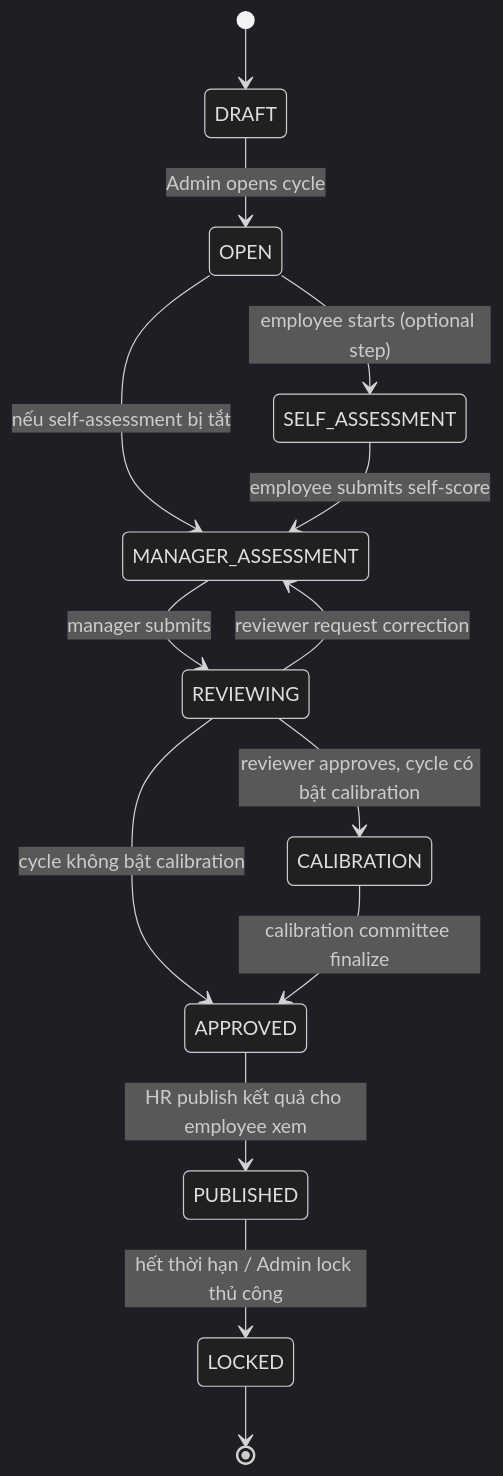
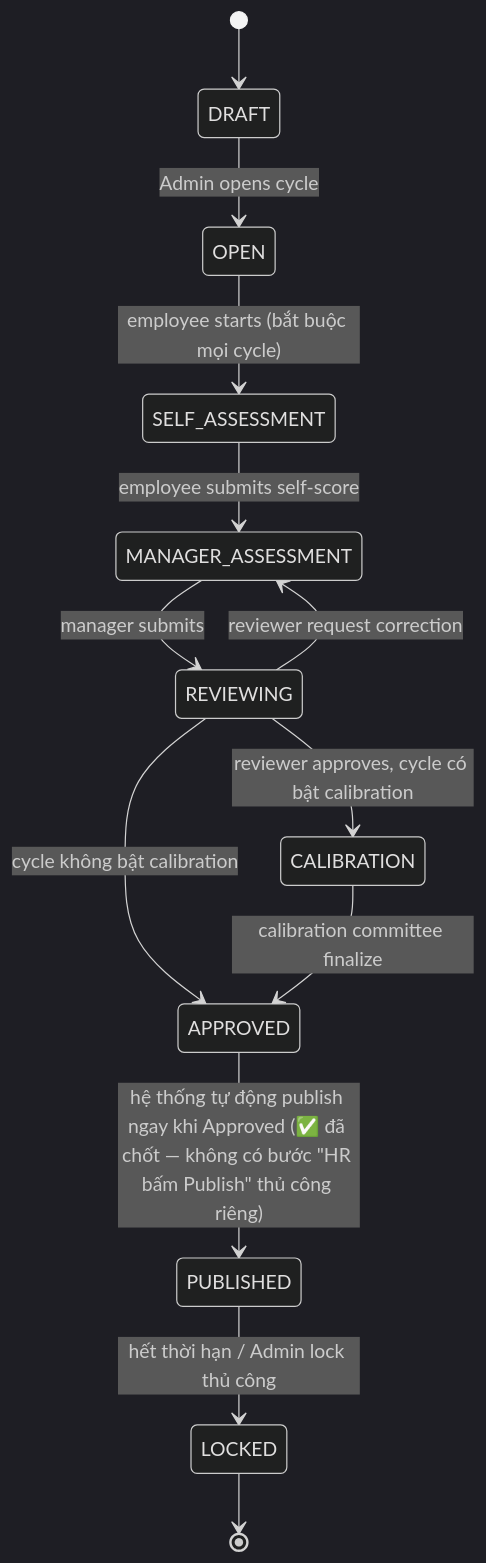
One commit to PhuocNT93/kpi-system changed the third of 7 diagrams in docs/LLD_Employee_Performance_Evaluation_System.md. Above: the diagram before and after it, drawn with Mermaid (dark theme). The commit also changed other lines of this file and 6 other files, not shown here.

````diff
--- a/docs/LLD_Employee_Performance_Evaluation_System.md
+++ b/docs/LLD_Employee_Performance_Evaluation_System.md
@@ -658,16 +678,15 @@
 ```mermaid
 stateDiagram-v2
     [*] --> DRAFT
     DRAFT --> OPEN: Admin opens cycle
-    OPEN --> SELF_ASSESSMENT: employee starts (optional step)
-    OPEN --> MANAGER_ASSESSMENT: nếu self-assessment bị tắt
+    OPEN --> SELF_ASSESSMENT: employee starts (bắt buộc mọi cycle)
     SELF_ASSESSMENT --> MANAGER_ASSESSMENT: employee submits self-score
     MANAGER_ASSESSMENT --> REVIEWING: manager submits
     REVIEWING --> MANAGER_ASSESSMENT: reviewer request correction
     REVIEWING --> CALIBRATION: reviewer approves, cycle có bật calibration
     REVIEWING --> APPROVED: cycle không bật calibration
     CALIBRATION --> APPROVED: calibration committee finalize
-    APPROVED --> PUBLISHED: HR publish kết quả cho employee xem
+    APPROVED --> PUBLISHED: hệ thống tự động publish ngay khi Approved (✅ đã chốt — không có bước "HR bấm Publish" thủ công riêng)
     PUBLISHED --> LOCKED: hết thời hạn / Admin lock thủ công
     LOCKED --> [*]
 ```
````
